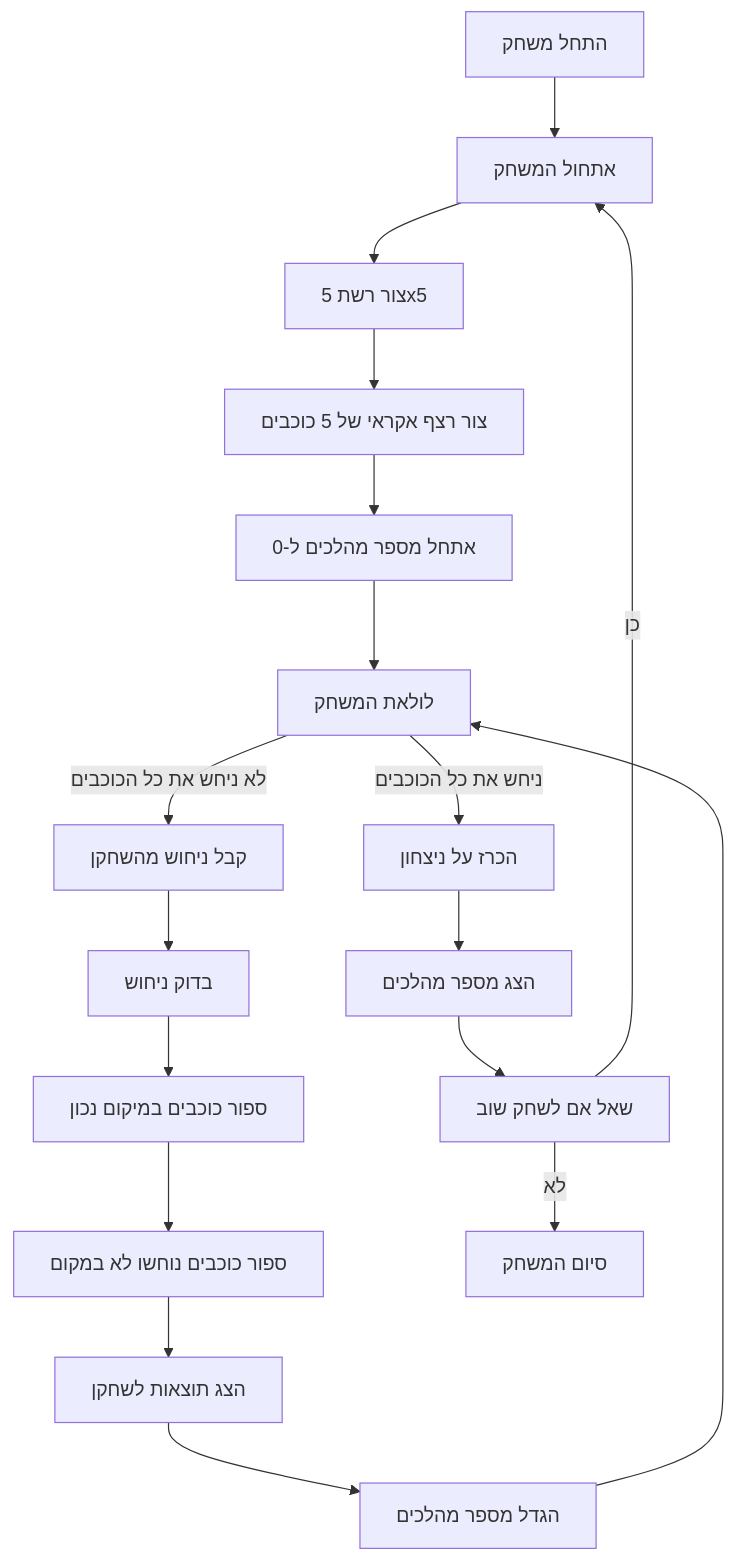
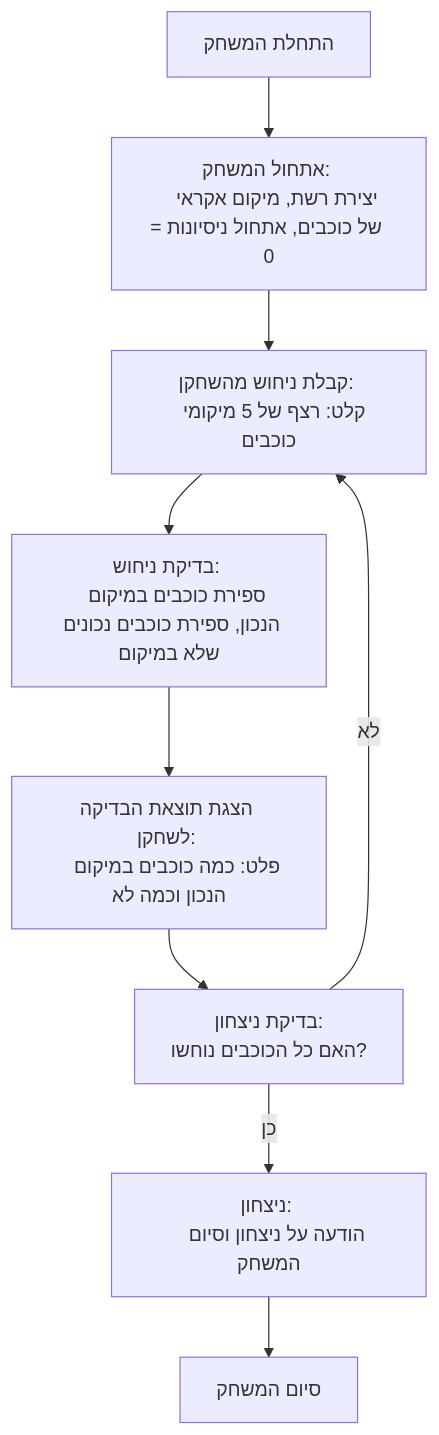
One commit to hypo69/hypo changed the diagram in docs/gemini/he/explainer/src/endpoints/ai_games/101_basic_computer_games/ru/rules/85_stars.ru.md.md. Above: the diagram before and after it, drawn with Mermaid. The commit also changed other lines of this file and 885 other files, not shown here.

````diff
--- a/docs/gemini/he/explainer/src/endpoints/ai_games/101_basic_computer_games/ru/rules/85_stars.ru.md.md
+++ b/docs/gemini/he/explainer/src/endpoints/ai_games/101_basic_computer_games/ru/rules/85_stars.ru.md.md
@@ -27,20 +44,11 @@
 ```mermaid
 flowchart TD
-    Start[התחל משחק] --> Init[אתחול המשחק]
-    Init --> CreateGrid[צור רשת 5x5]
-    CreateGrid --> GenerateStars[צור רצף אקראי של 5 כוכבים]
-    GenerateStars --> SetMoves[אתחל מספר מהלכים ל-0]
-    SetMoves --> GameLoop[לולאת המשחק]
-    GameLoop -- לא ניחש את כל הכוכבים --> GetGuess[קבל ניחוש מהשחקן]
-    GetGuess --> CheckGuess[בדוק ניחוש]
-    CheckGuess --> CountCorrect[ספור כוכבים במיקום נכון]
-    CountCorrect --> CountMisplaced[ספור כוכבים נוחשו לא במקום]
-    CountMisplaced --> DisplayResults[הצג תוצאות לשחקן]
-    DisplayResults --> IncrementMoves[הגדל מספר מהלכים]
-    IncrementMoves --> GameLoop
-    GameLoop -- ניחש את כל הכוכבים --> Win[הכרז על ניצחון]
-    Win --> DisplayMoves[הצג מספר מהלכים]
-    DisplayMoves --> PlayAgain[שאל אם לשחק שוב]
-    PlayAgain -- כן --> Init
-    PlayAgain -- לא --> End[סיום המשחק]
+    Start[התחלת המשחק] --> Initialize[אתחול המשחק: <br>  יצירת רשת, מיקום אקראי של כוכבים, אתחול ניסיונות = 0]
+    Initialize --> Input[קבלת ניחוש מהשחקן: <br> קלט: רצף של 5 מיקומי כוכבים]
+    Input --> CheckGuess[בדיקת ניחוש: <br>  ספירת כוכבים במיקום הנכון, ספירת כוכבים נכונים שלא במיקום]
+    CheckGuess --> OutputResult[הצגת תוצאת הבדיקה לשחקן: <br>  פלט: כמה כוכבים במיקום הנכון וכמה לא]
+     OutputResult --> CheckWin[בדיקת ניצחון: <br> האם כל הכוכבים נוחשו?]
+    CheckWin -- כן --> Win[ניצחון: <br>  הודעה על ניצחון וסיום המשחק]
+     Win --> End[סיום המשחק]
+    CheckWin -- לא --> Input
 ```
````
